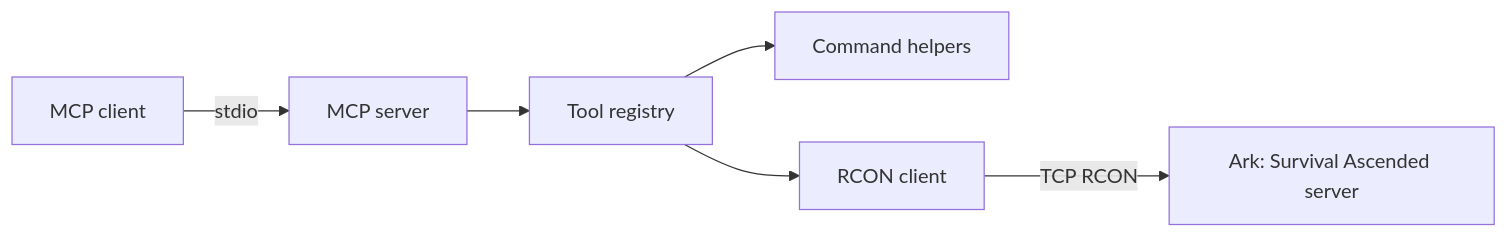
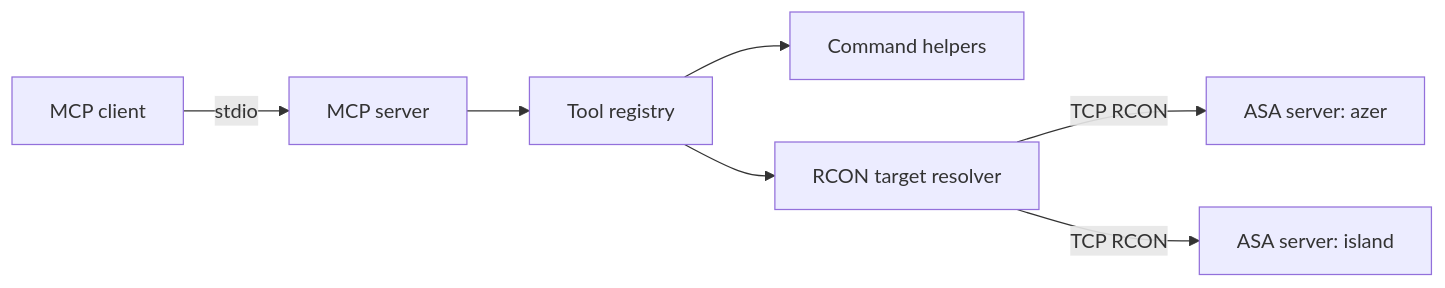
Before and after one commit to Hantse/ark-asa-mcp: the diagram in docs/ARCHITECTURE.md, drawn with Mermaid. The commit also changed other lines of this file and 8 other files, not shown here.

Commit message:
Support multiple ASA RCON servers

````diff
--- a/docs/ARCHITECTURE.md
+++ b/docs/ARCHITECTURE.md
@@ -22,8 +23,9 @@
 ```mermaid
 flowchart LR
     Client["MCP client"] -->|stdio| Server["MCP server"]
     Server --> Tools["Tool registry"]
     Tools --> Commands["Command helpers"]
-    Tools --> Rcon["RCON client"]
-    Rcon -->|TCP RCON| ASA["Ark: Survival Ascended server"]
+    Tools --> Rcon["RCON target resolver"]
+    Rcon -->|TCP RCON| ASA1["ASA server: azer"]
+    Rcon -->|TCP RCON| ASA2["ASA server: island"]
 ```
````
